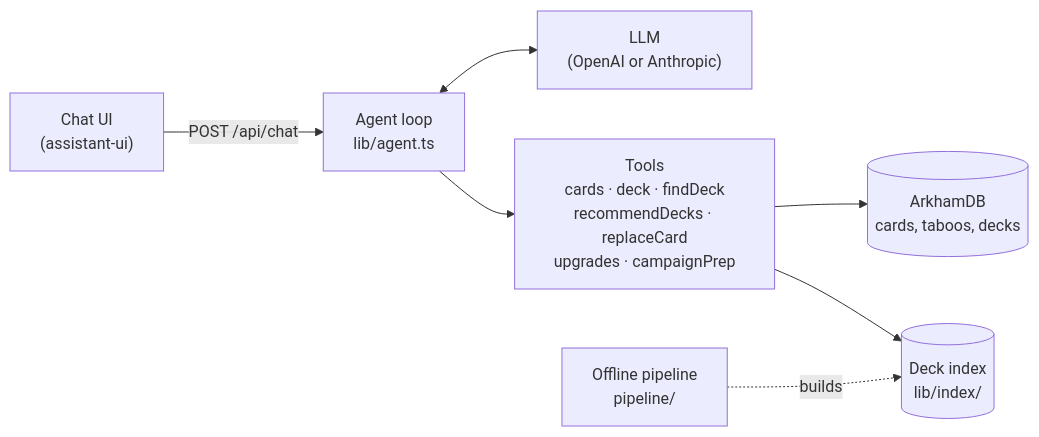
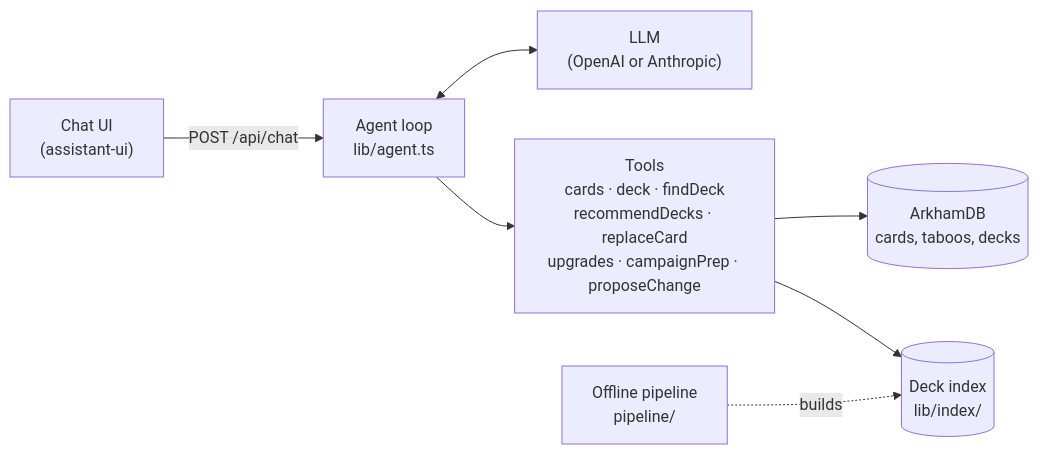
The diagram in README.md (alon-pilosoph/arkham-ai), drawn with Mermaid before and after one commit. The commit also changed other lines of this file and 42 other files, not shown here.

````diff
--- a/README.md
+++ b/README.md
@@ -53,9 +53,9 @@
 ```mermaid
 flowchart LR
   ui["Chat UI<br/>(assistant-ui)"] -- "POST /api/chat" --> loop["Agent loop<br/>lib/agent.ts"]
   loop <--> llm["LLM<br/>(OpenAI or Anthropic)"]
-  loop --> tools["Tools<br/>cards · deck · findDeck<br/>recommendDecks · replaceCard<br/>upgrades · campaignPrep"]
+  loop --> tools["Tools<br/>cards · deck · findDeck<br/>recommendDecks · replaceCard<br/>upgrades · campaignPrep · proposeChange"]
   tools --> adb[("ArkhamDB<br/>cards, taboos, decks")]
   tools --> index[("Deck index<br/>lib/index/")]
   pipeline["Offline pipeline<br/>pipeline/"] -. builds .-> index
 ```
````
